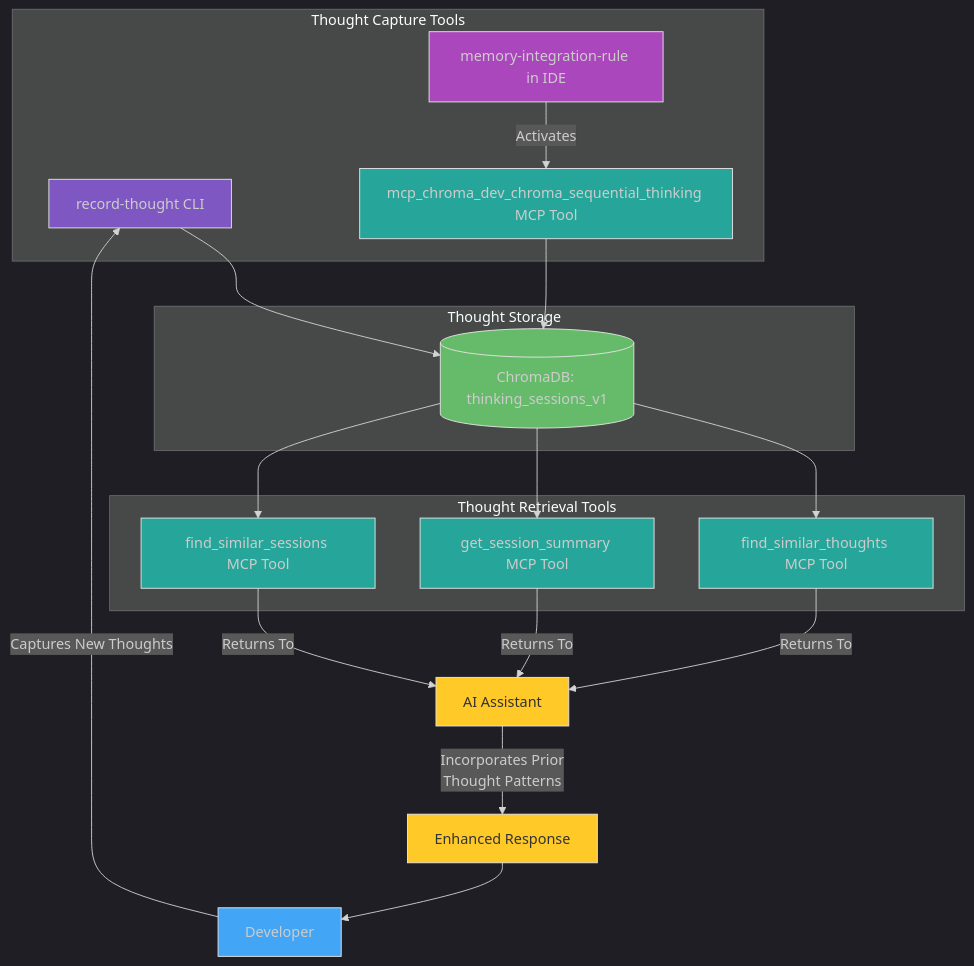
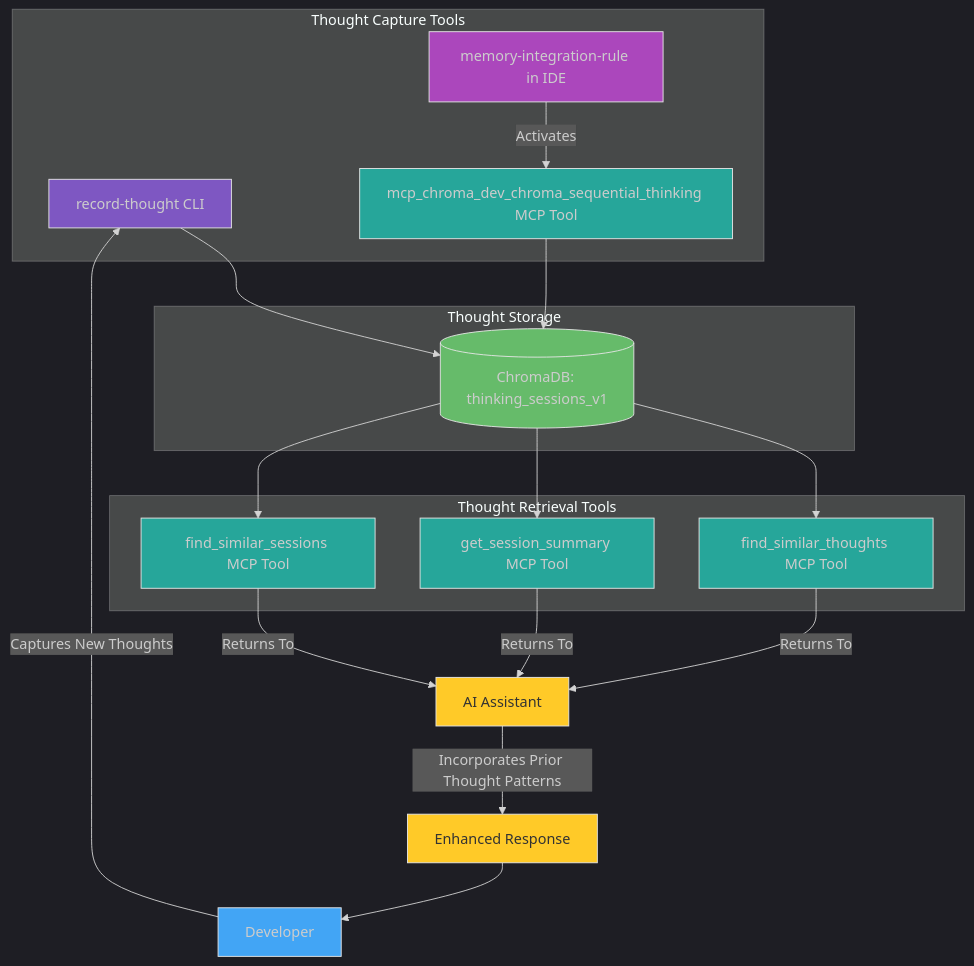
Before and after one commit to somebloke1/chroma_mcp_server: the second of 8 diagrams in docs/thinking_tools/sequential_thinking.md, drawn with Mermaid. The commit also changed other lines of this file and 19 other files, not shown here.

````diff
--- a/docs/thinking_tools/sequential_thinking.md
+++ b/docs/thinking_tools/sequential_thinking.md
@@ -65,47 +65,47 @@
 ```mermaid
 %%{init: {'theme': 'dark'}}%%
 flowchart TD
     subgraph "Thought Capture Tools"
         A["record-thought CLI"]
         B["mcp_chroma_dev_chroma_sequential_thinking MCP Tool"]
         C["memory-integration-rule in IDE"]
     end
     
     subgraph "Thought Storage"
         D[(ChromaDB: thinking_sessions_v1)]
     end
     
     subgraph "Thought Retrieval Tools"
         E["find_similar_thoughts MCP Tool"]
         F["get_session_summary MCP Tool"]
         G["find_similar_sessions MCP Tool"]
     end
     
     A --> D
     B --> D
     C -- Activates --> B
     
     D --> E
     D --> F
     D --> G
     
     E -- Returns To --> H[AI Assistant]
     F -- Returns To --> H
     G -- Returns To --> H
     
-    H -- "Incorporates Prior\nThought Patterns" --> I["Enhanced Response"]
+    H -- "Incorporates Prior Thought Patterns" --> I["Enhanced Response"]
     I --> J[Developer]
     
     J -- "Captures New Thoughts" --> A
 
     style A fill:#7E57C2,stroke:#E6E6E6,stroke-width:1px
     style B fill:#26A69A,stroke:#E6E6E6,stroke-width:1px
     style C fill:#AB47BC,stroke:#E6E6E6,stroke-width:1px
     style D fill:#66BB6A,stroke:#E6E6E6,stroke-width:1px
     style E fill:#26A69A,stroke:#E6E6E6,stroke-width:1px
     style F fill:#26A69A,stroke:#E6E6E6,stroke-width:1px
     style G fill:#26A69A,stroke:#E6E6E6,stroke-width:1px
     style H fill:#FFCA28,stroke:#E6E6E6,stroke-width:1px,color:#333333
     style I fill:#FFCA28,stroke:#E6E6E6,stroke-width:1px,color:#333333
     style J fill:#42A5F5,stroke:#E6E6E6,stroke-width:1px
 ```
````
